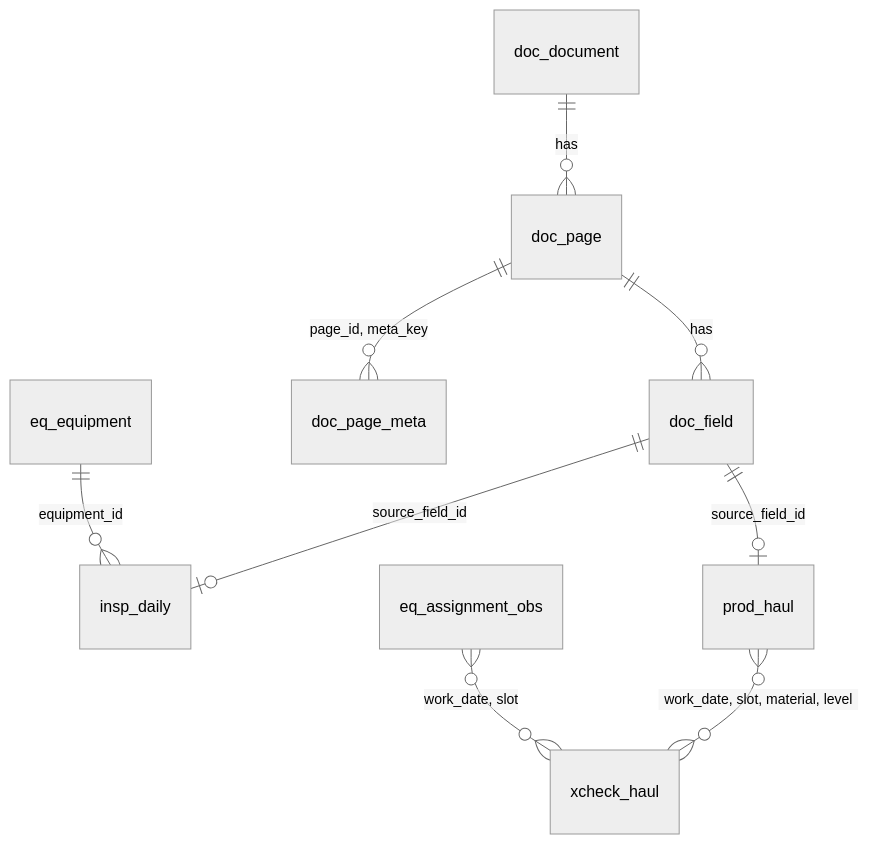
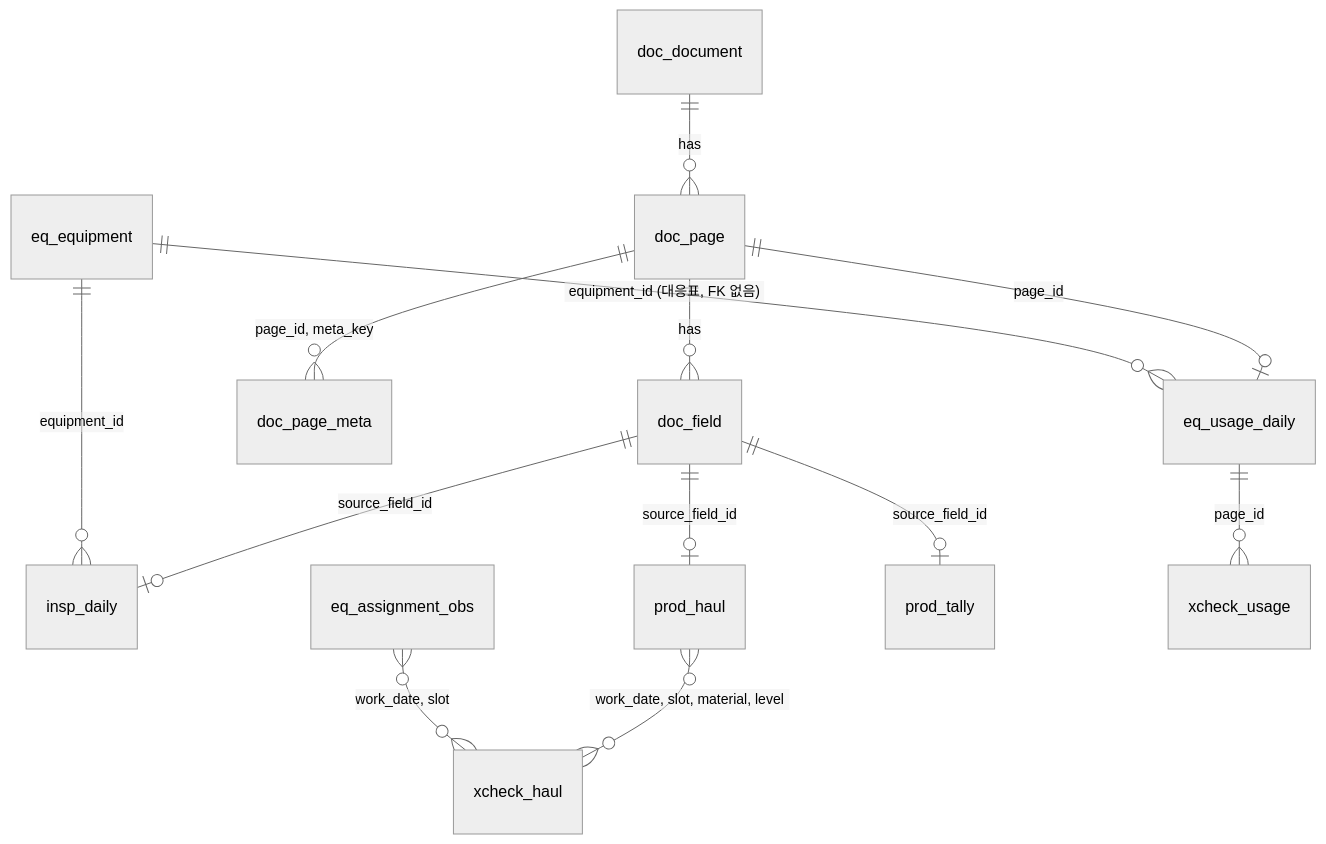
One commit to junhpark/mine-docscan changed the second of 2 diagrams in docs/ARCHITECTURE.md. Above: the diagram before and after it, drawn with Mermaid (neutral theme). The commit also changed other lines of this file and 53 other files, not shown here.

````diff
--- a/docs/ARCHITECTURE.md
+++ b/docs/ARCHITECTURE.md
@@ -130,11 +159,15 @@
 ```mermaid
 erDiagram
   doc_document ||--o{ doc_page : has
   doc_page ||--o{ doc_field : has
   doc_page ||--o{ doc_page_meta : "page_id, meta_key"
   doc_field ||--o| insp_daily : source_field_id
   doc_field ||--o| prod_haul : source_field_id
   eq_equipment ||--o{ insp_daily : equipment_id
   prod_haul }o--o{ xcheck_haul : "work_date, slot, material, level"
   eq_assignment_obs }o--o{ xcheck_haul : "work_date, slot"
+  doc_page ||--o| eq_usage_daily : page_id
+  doc_field ||--o| prod_tally : source_field_id
+  eq_usage_daily ||--o{ xcheck_usage : page_id
+  eq_equipment ||--o{ eq_usage_daily : "equipment_id (대응표, FK 없음)"
 ```
````
